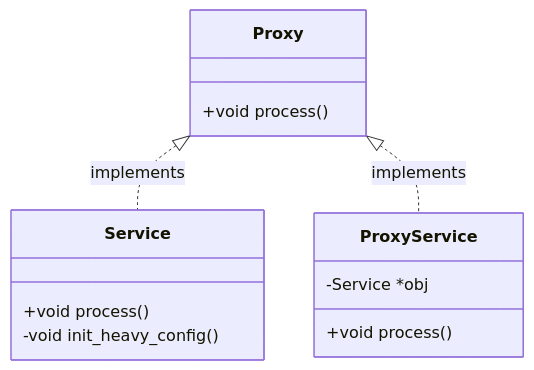
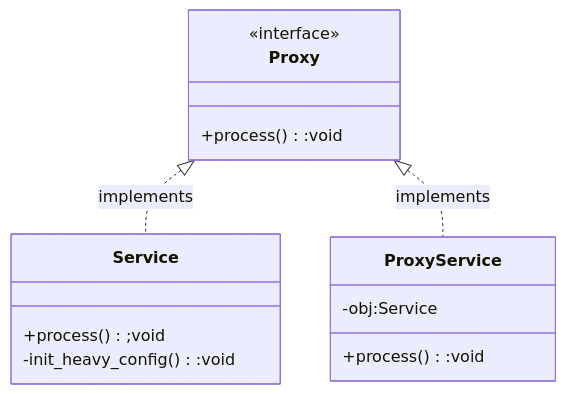
One commit to aperlini/Design-Patterns changed the diagram in Structural/Proxy/README.md. Above: the diagram before and after it, drawn with Mermaid. The commit also changed 6 other files, not shown here.

Commit message:
structural UML snippets

````diff
--- a/Structural/Proxy/README.md
+++ b/Structural/Proxy/README.md
@@ -5,22 +5,23 @@
 ```mermaid
 classDiagram
 	
 	Proxy <|.. Service:implements
 	Proxy <|.. ProxyService:implements
 	
 	class Proxy {
-		+void process()
+		<<interface>>
+		+process():void
 	}
 	
 	class Service {
-		+void process()
-		-void init_heavy_config()
+		+process();void
+		-init_heavy_config():void
 	}
 	
 	class ProxyService {
-		+void process()
-		-Service *obj
+		+process():void
+		-obj:Service
 	}
 	
 	
 ```
````
